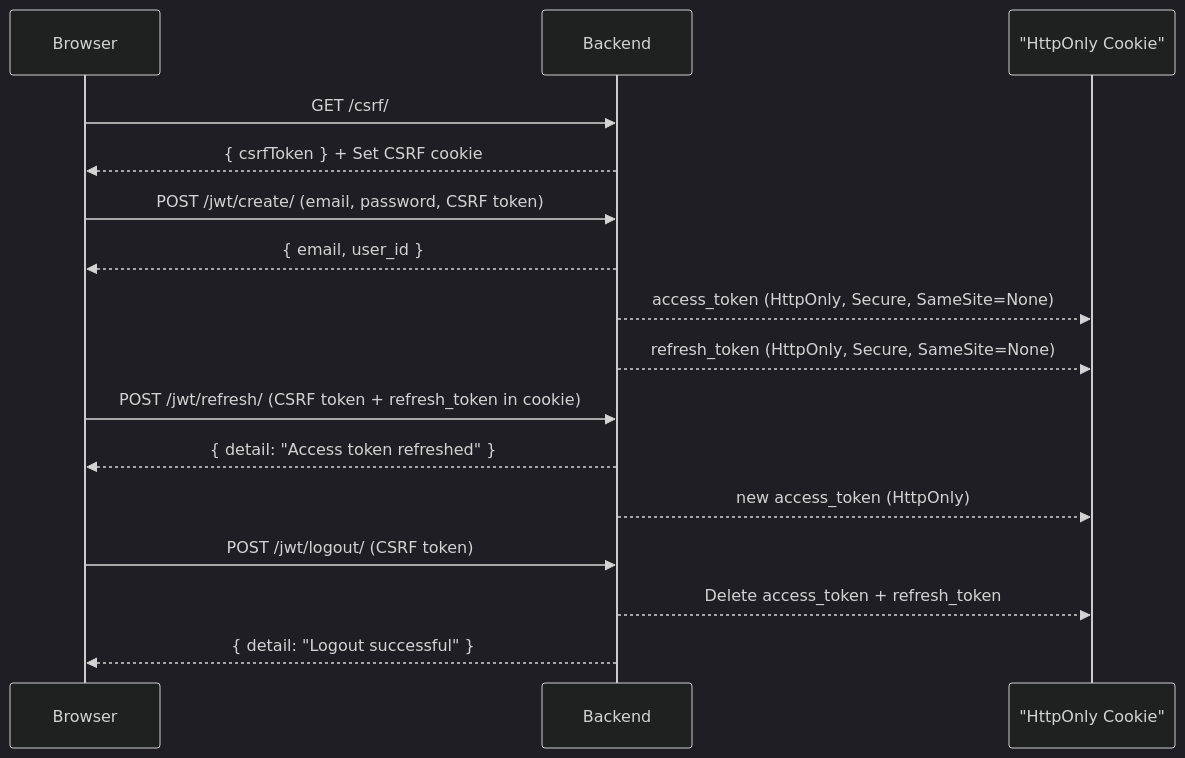
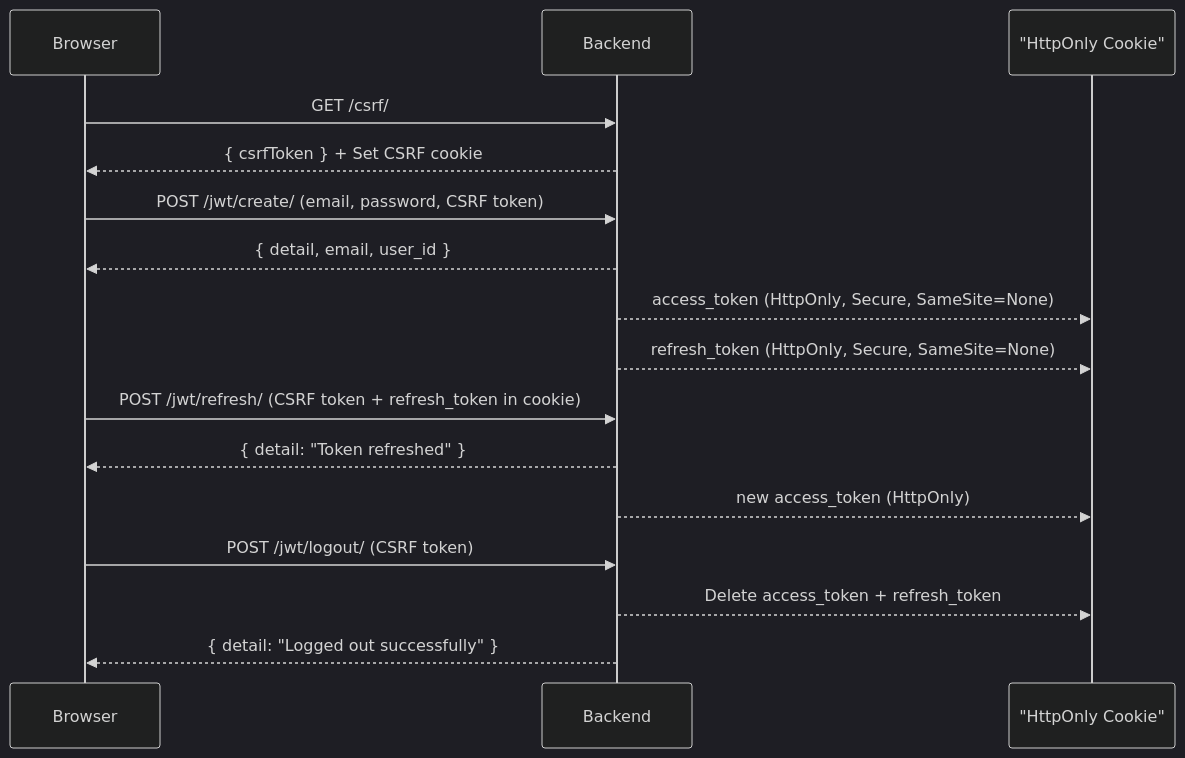
One commit to Project-Stage-Academy/UA-4148-bravo changed the diagram in docs/API.md. Above: the diagram before and after it, drawn with Mermaid (dark theme). The commit also changed other lines of this file and 24 other files, not shown here.

````diff
--- a/docs/API.md
+++ b/docs/API.md
@@ -111,22 +112,22 @@
 ```mermaid
 sequenceDiagram
     participant Browser
     participant Backend
     participant Cookie as "HttpOnly Cookie"
 
     Browser->>Backend: GET /csrf/
     Backend-->>Browser: { csrfToken } + Set CSRF cookie
 
     Browser->>Backend: POST /jwt/create/ (email, password, CSRF token)
-    Backend-->>Browser: { email, user_id }
+    Backend-->>Browser: { detail, email, user_id }
     Backend-->>Cookie: access_token (HttpOnly, Secure, SameSite=None)
     Backend-->>Cookie: refresh_token (HttpOnly, Secure, SameSite=None)
 
     Browser->>Backend: POST /jwt/refresh/ (CSRF token + refresh_token in cookie)
-    Backend-->>Browser: { detail: "Access token refreshed" }
+    Backend-->>Browser: { detail: "Token refreshed" }
     Backend-->>Cookie: new access_token (HttpOnly)
 
     Browser->>Backend: POST /jwt/logout/ (CSRF token)
     Backend-->>Cookie: Delete access_token + refresh_token
-    Backend-->>Browser: { detail: "Logout successful" }
+    Backend-->>Browser: { detail: "Logged out successfully" }
 ```
````
